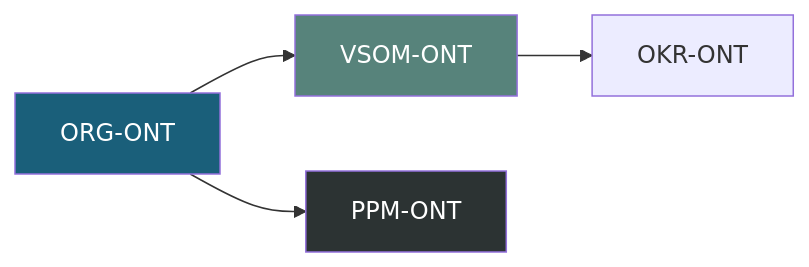
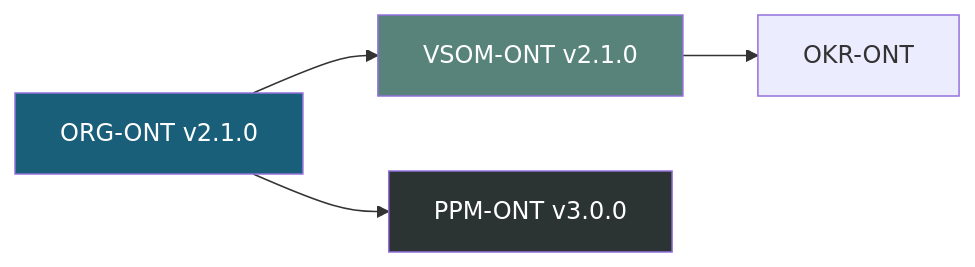
Before and after one commit to ajrmooreuk/Azlan-EA-AAA: the fifth of 6 diagrams in PBS/ONTOLOGIES/ONTOLOGY-ARCHITECTURE.md, drawn with Mermaid. The commit also changed other lines of this file and 1 other file, not shown here.

First line of the commit message:
Add version numbers to architecture diagrams, update to-do list

````diff
--- a/PBS/ONTOLOGIES/ONTOLOGY-ARCHITECTURE.md
+++ b/PBS/ONTOLOGIES/ONTOLOGY-ARCHITECTURE.md
@@ -268,10 +268,10 @@
 ```mermaid
 graph LR
-    ORG[ORG-ONT] --> VSOM[VSOM-ONT]
-    ORG --> PPM[PPM-ONT]
+    ORG[ORG-ONT v2.1.0] --> VSOM[VSOM-ONT v2.1.0]
+    ORG --> PPM[PPM-ONT v3.0.0]
     VSOM --> OKR[OKR-ONT]
 
     style ORG fill:#1a5f7a,color:#fff
     style VSOM fill:#57837b,color:#fff
     style PPM fill:#2c3333,color:#fff
 ```
````
